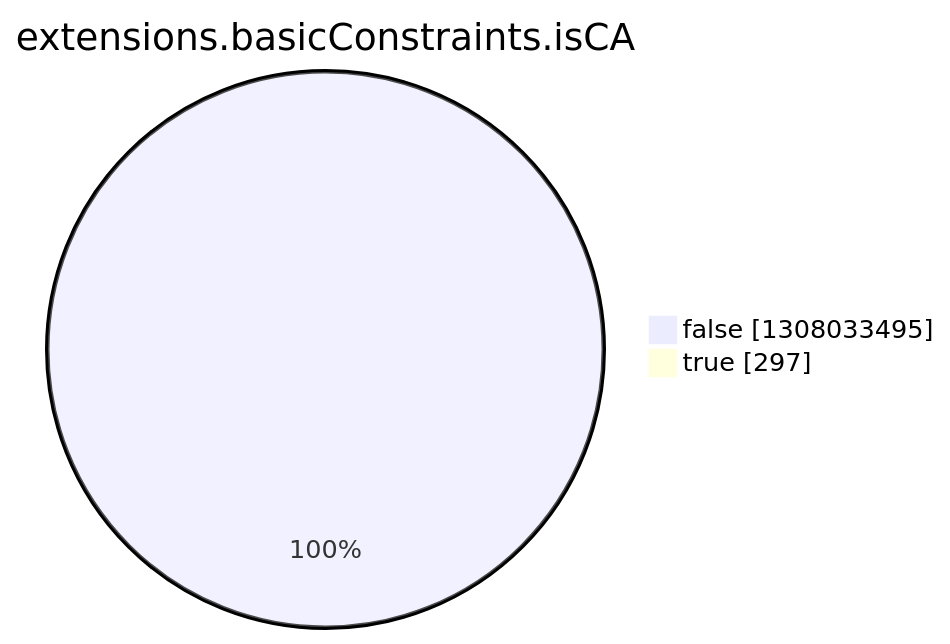
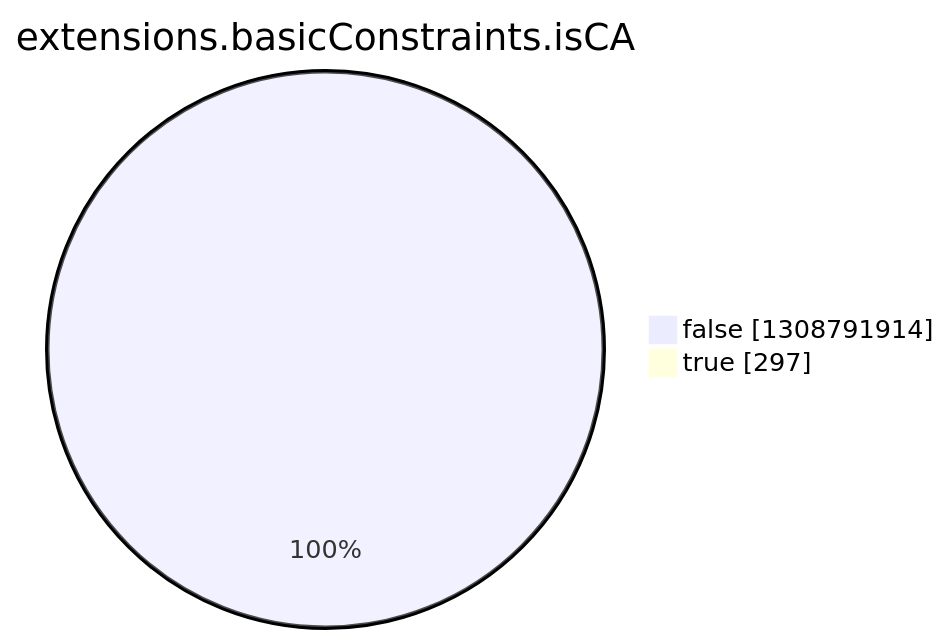
Before and after one commit to christiankrug/ctmonitor_visualization: the eighth of 15 diagrams in argon2022/README.md, drawn with Mermaid. The commit also changed other lines of this file, not shown here.

````diff
--- a/argon2022/README.md
+++ b/argon2022/README.md
@@ -2757,6 +2757,6 @@
 ```mermaid
 pie showData
 title extensions.basicConstraints.isCA
-"false" :1308033495
+"false" :1308791914
 "true" :297
 ```
````
